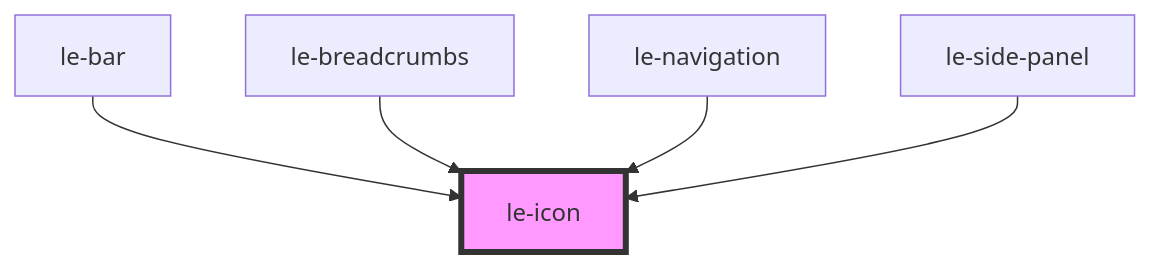
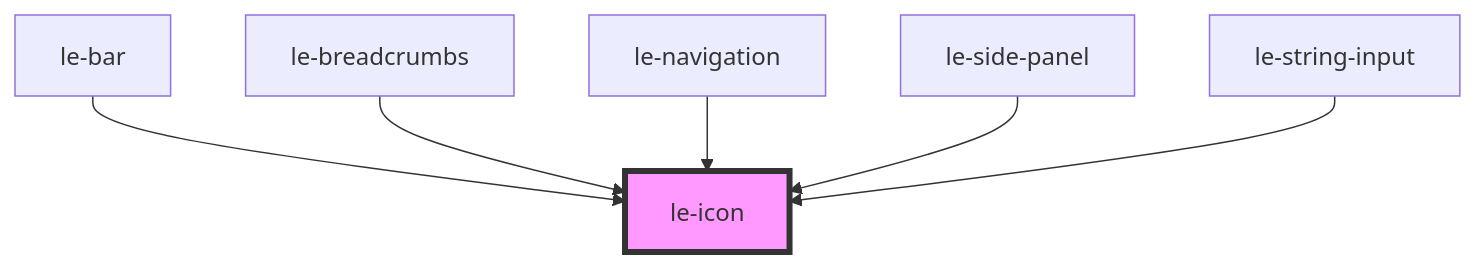
The diagram in packages/core/src/components/le-icon/readme.md (leechy/le-kit), drawn with Mermaid before and after one commit. The commit also changed other lines of this file and 34 other files, not shown here.

````diff
--- a/packages/core/src/components/le-icon/readme.md
+++ b/packages/core/src/components/le-icon/readme.md
@@ -26,8 +27,9 @@
 ```mermaid
 graph TD;
   le-bar --> le-icon
   le-breadcrumbs --> le-icon
   le-navigation --> le-icon
   le-side-panel --> le-icon
+  le-string-input --> le-icon
   style le-icon fill:#f9f,stroke:#333,stroke-width:4px
 ```
````
